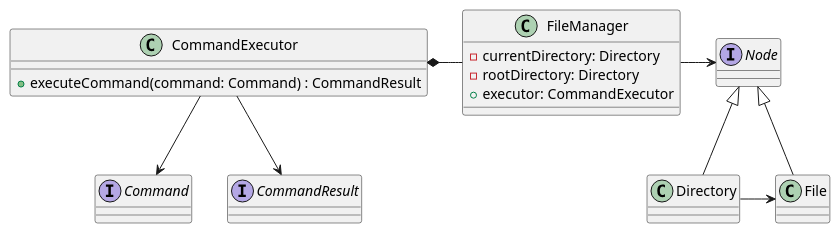
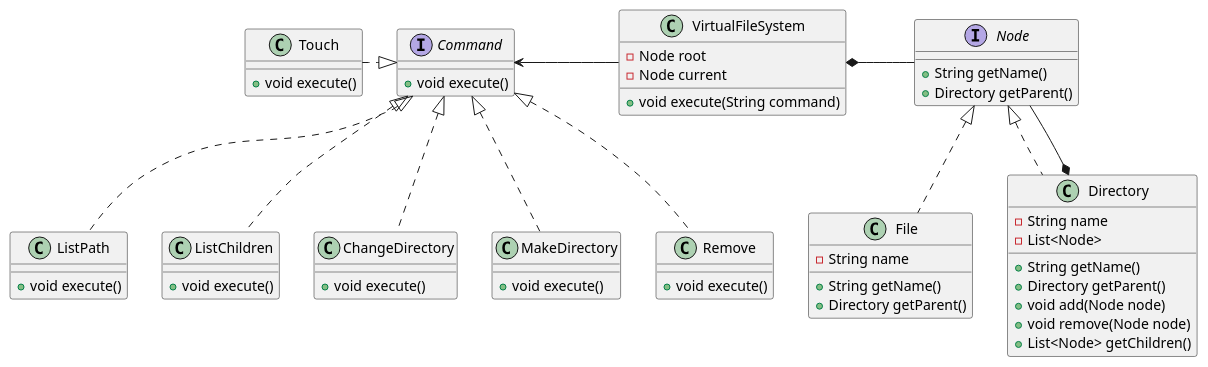
The diagram in diagrams/FileSystem class map.puml (austral-ingsis-classroom/clifford-manuelSalasSeeber), drawn with PlantUML before and after one commit. The commit also changed other lines of this file, not shown here.

Commit message:
diagram fixed

```diff
--- a/diagrams/FileSystem class map.puml
+++ b/diagrams/FileSystem class map.puml
@@ -1,35 +2,72 @@
 @startuml
-class FileManager {
-    - currentDirectory: Directory
-    - rootDirectory: Directory
-    + executor: CommandExecutor
+
+interface Node {
+    + String getName()
+    + Directory getParent()
 }
 
-interface Node {
+class VirtualFileSystem {
+    - Node root
+    - Node current
+    + void execute(String command)
 }
 
 class Directory {
+    - String name
+    - List<Node>
+    + String getName()
+    + Directory getParent()
+    + void add(Node node)
+    + void remove(Node node)
+    + List<Node> getChildren()
 }
 
 class File {
+    - String name
+    + String getName()
+    + Directory getParent()
 }
 
-class CommandExecutor {
-    + executeCommand(command: Command) : CommandResult
+Node <|.. Directory
+Node <|.. File
+
+VirtualFileSystem *- Node
+Command <- VirtualFileSystem
+Node --* Directory
+
+
+interface Command {
+    + void execute()
 }
 
-interface Command {
+class ListPath {
+    + void execute()
 }
 
-interface CommandResult {
+class ListChildren{
+    + void execute()
 }
 
-FileManager -> Node
+class ChangeDirectory {
+    + void execute()
+}
 
-Node <|-- Directory
-Node <|-- File
-Directory -> File
-CommandExecutor *- FileManager
-CommandExecutor --> Command
-CommandExecutor --> CommandResult
+class MakeDirectory {
+    + void execute()
+}
+
+class Remove {
+    + void execute()
+}
+
+class Touch {
+    + void execute()
+}
+
+Command <|.. ListPath
+Command <|.. ListChildren
+Command <|.. ChangeDirectory
+Command <|.. MakeDirectory
+Command <|.. Remove
+Touch .|> Command
 @enduml
```
